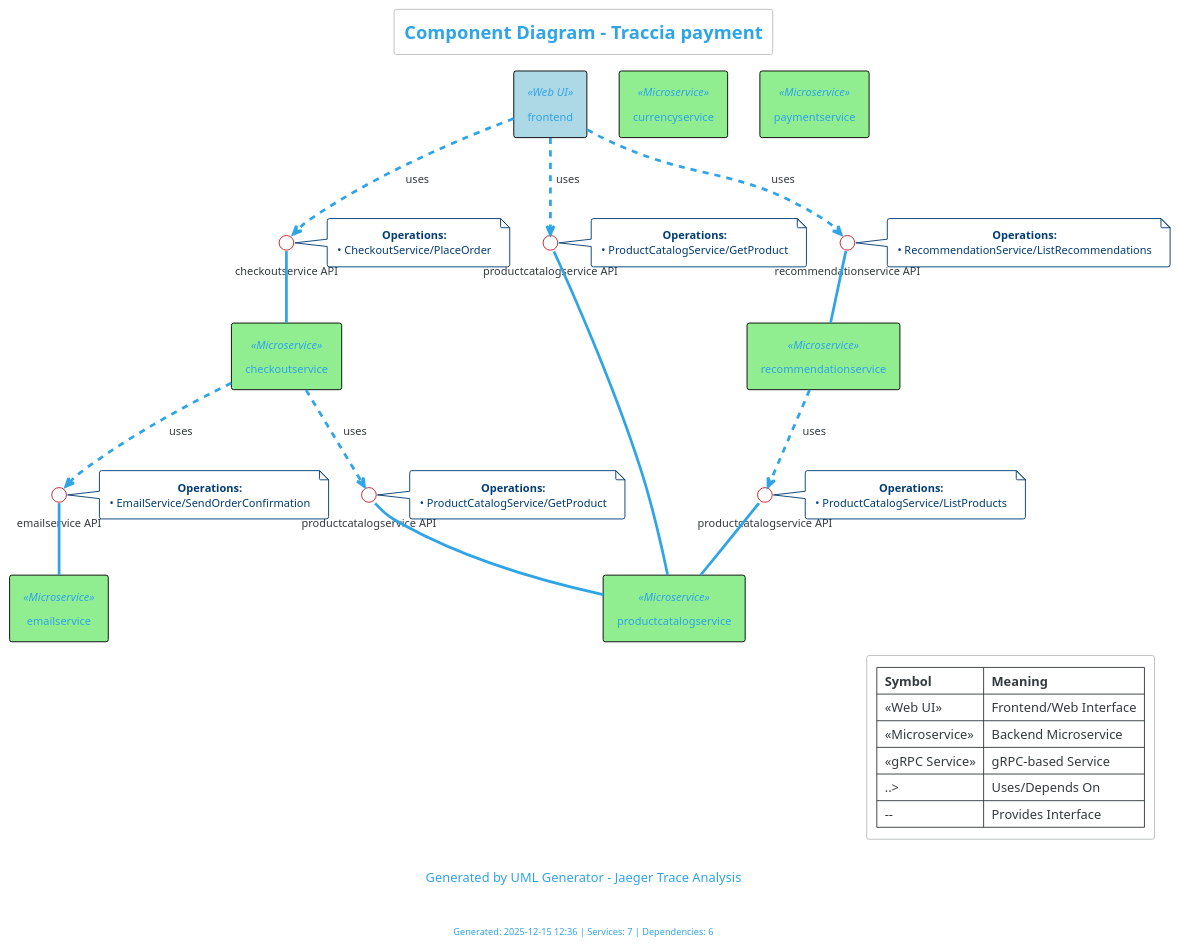
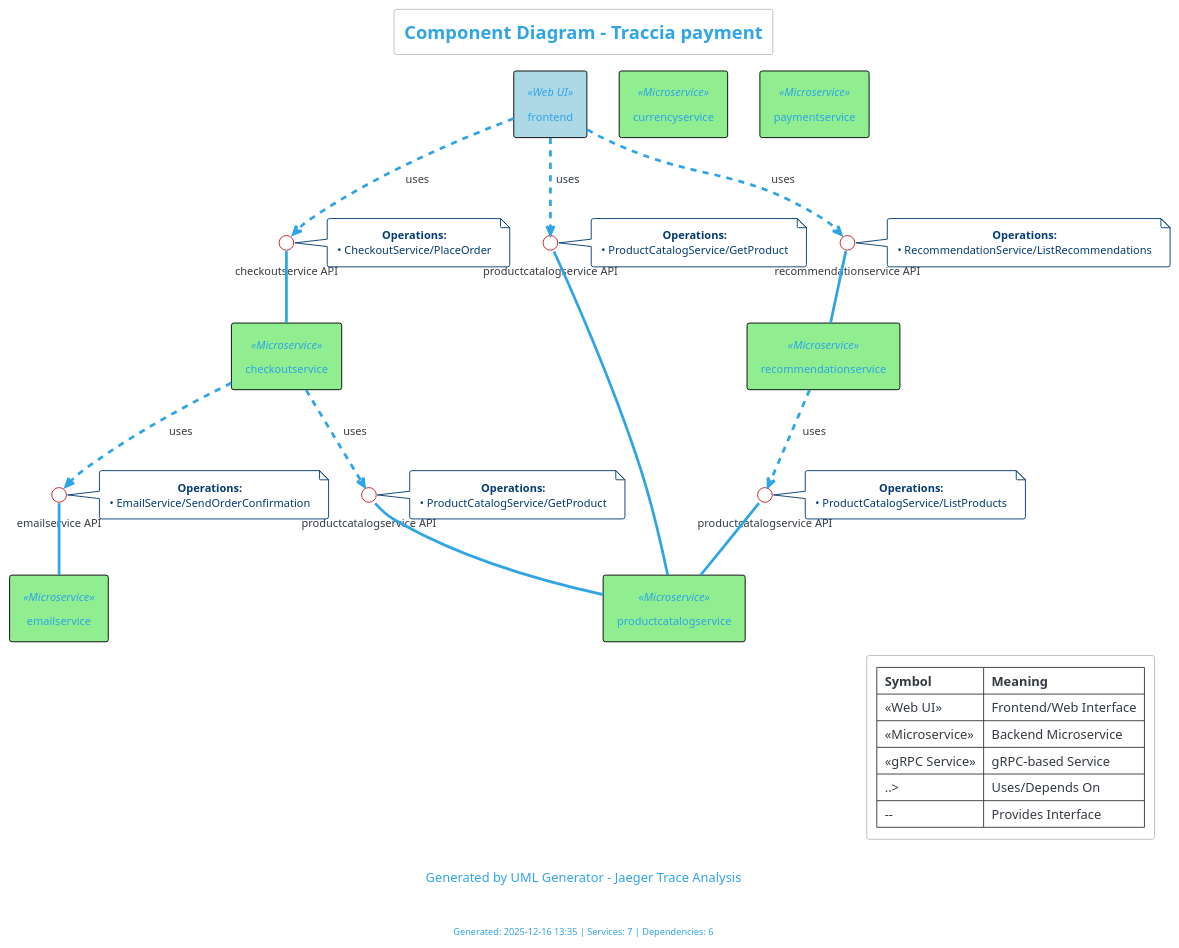
The diagram in diagrams/component-payment.puml (HiImLuxifer/UML_Generator), drawn with PlantUML before and after one commit. The commit also changed 124 other files, not shown here.

```diff
--- a/diagrams/component-payment.puml
+++ b/diagrams/component-payment.puml
@@ -1,94 +1,94 @@
 @startuml
 !theme cerulean-outline
 
 skinparam componentStyle rectangle
 skinparam shadowing false
 skinparam roundcorner 5
 skinparam defaultTextAlignment center
 
 skinparam component {
   BackgroundColor<<Web UI>> LightBlue
   BackgroundColor<<Microservice>> LightGreen
   BackgroundColor<<gRPC Service>> PaleGreen
   BackgroundColor<<Database>> LightYellow
   BackgroundColor<<Cache>> Wheat
   BorderColor Black
   FontSize 12
 }
 
 title Component Diagram - Traccia payment
 
 caption Generated by UML Generator - Jaeger Trace Analysis
 
 ' Service Components
 component "recommendationservice" <<Microservice>>
 component "checkoutservice" <<Microservice>>
 component "emailservice" <<Microservice>>
 component "currencyservice" <<Microservice>>
 component "productcatalogservice" <<Microservice>>
 component "paymentservice" <<Microservice>>
 component "frontend" <<Web UI>>
 
 ' Service interfaces and dependencies
 interface "productcatalogservice API" as I0
 "recommendationservice" ..> I0 : uses
 I0 -- "productcatalogservice"
 note right of I0
   **Operations:**
   • ProductCatalogService/ListProducts
 end note
 
 interface "emailservice API" as I1
 "checkoutservice" ..> I1 : uses
 I1 -- "emailservice"
 note right of I1
   **Operations:**
   • EmailService/SendOrderConfirmation
 end note
 
 interface "productcatalogservice API" as I2
 "checkoutservice" ..> I2 : uses
 I2 -- "productcatalogservice"
 note right of I2
   **Operations:**
   • ProductCatalogService/GetProduct
 end note
 
 interface "recommendationservice API" as I3
 "frontend" ..> I3 : uses
 I3 -- "recommendationservice"
 note right of I3
   **Operations:**
   • RecommendationService/ListRecommendations
 end note
 
 interface "checkoutservice API" as I4
 "frontend" ..> I4 : uses
 I4 -- "checkoutservice"
 note right of I4
   **Operations:**
   • CheckoutService/PlaceOrder
 end note
 
 interface "productcatalogservice API" as I5
 "frontend" ..> I5 : uses
 I5 -- "productcatalogservice"
 note right of I5
   **Operations:**
   • ProductCatalogService/GetProduct
 end note
 
 legend right
   |= Symbol |= Meaning |
   | <<Web UI>> | Frontend/Web Interface |
   | <<Microservice>> | Backend Microservice |
   | <<gRPC Service>> | gRPC-based Service |
   | ..> | Uses/Depends On |
   | -- | Provides Interface |
 endlegend
 
 footer
-Generated: 2025-12-15 12:36 | Services: 7 | Dependencies: 6
+Generated: 2025-12-16 13:35 | Services: 7 | Dependencies: 6
 endfooter
 
 @enduml
```
